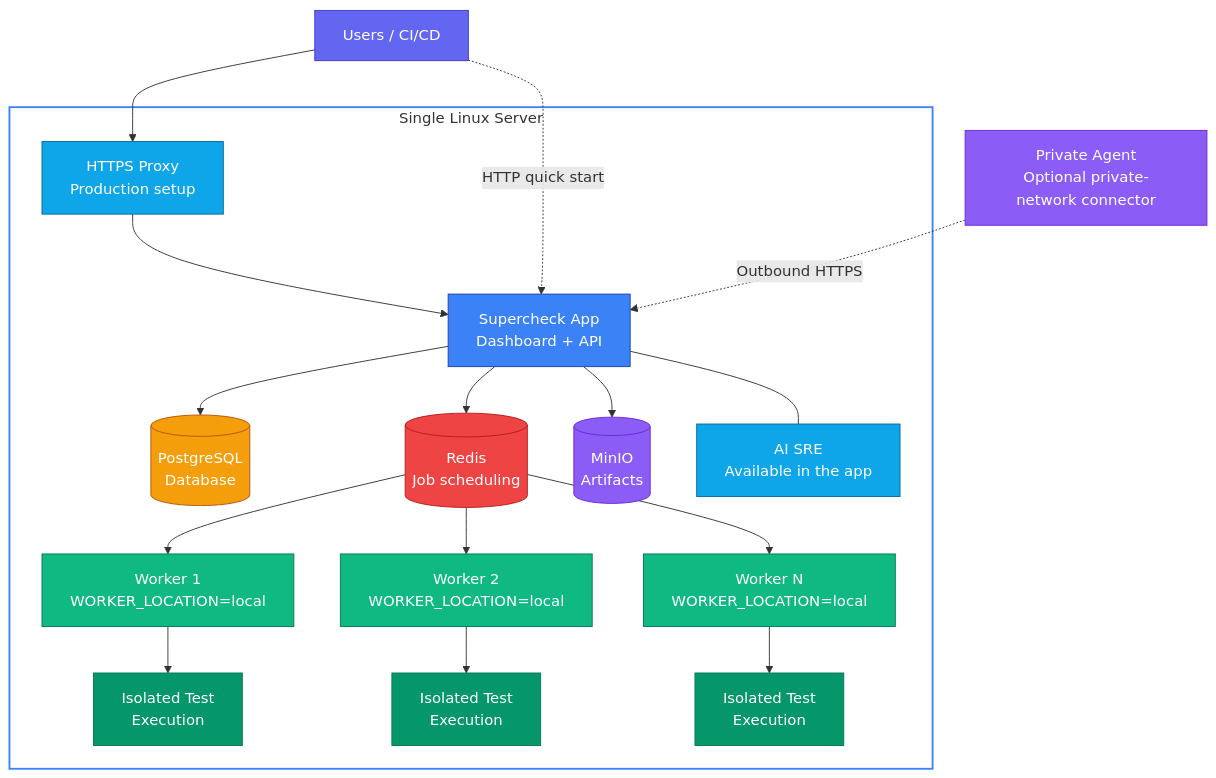
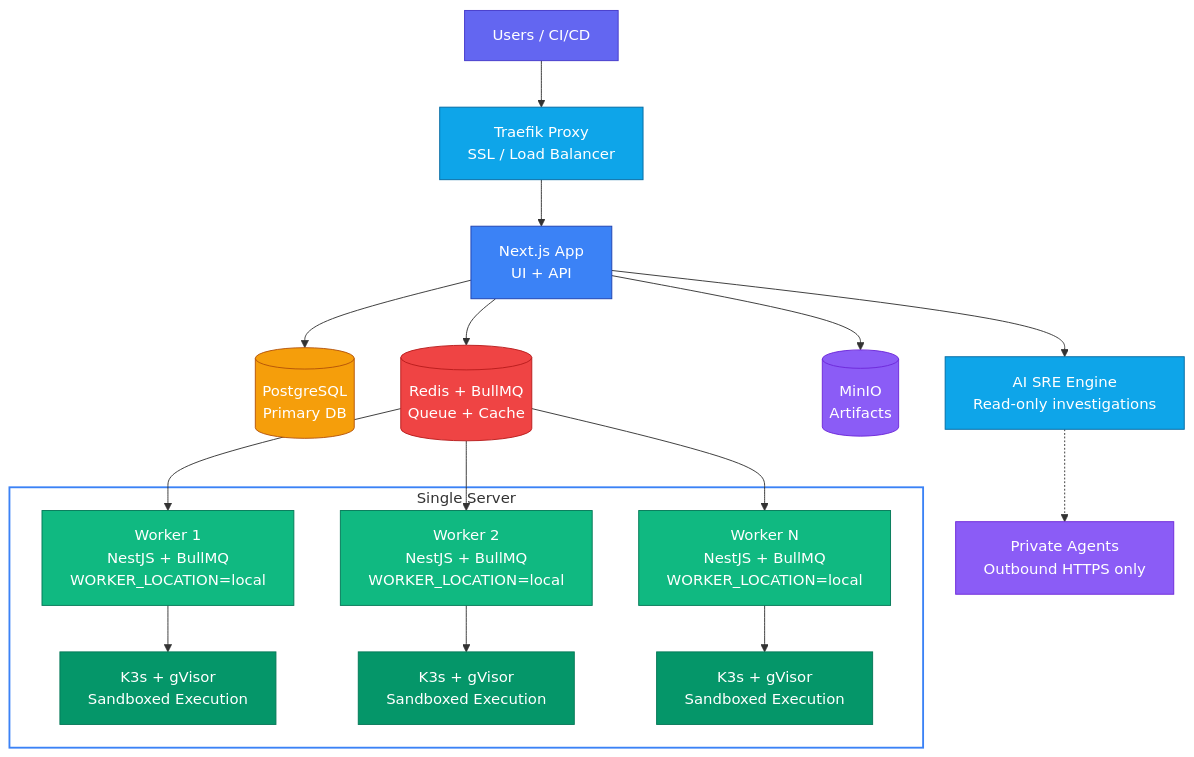
One commit to supercheck-io/supercheck changed the diagram in docs/content/docs/app/deployment/self-hosted.mdx. Above: the diagram before and after it, drawn with Mermaid. The commit also changed other lines of this file and 34 other files, not shown here.

Commit message:
docs: restore architecture and polish user workflows (#337)

````diff
--- a/docs/content/docs/app/deployment/self-hosted.mdx
+++ b/docs/content/docs/app/deployment/self-hosted.mdx
@@ -16,37 +16,34 @@
 ```mermaid
 flowchart TB
-    Users[Users / CI/CD]
-    Private[Private Agent<br/>Optional private-network connector]
+    Users[Users / CI/CD] --> T[Traefik Proxy<br/>SSL / Load Balancer]
+    T --> App[Next.js App<br/>UI + API]
+    App --> DB[(PostgreSQL<br/>Primary DB)] & Redis[(Redis + BullMQ<br/>Queue + Cache)] & S3[(MinIO<br/>Artifacts)]
+    App --> SRE[AI SRE Engine<br/>Read-only investigations]
+    SRE -.-> Private[Private Agents<br/>Outbound HTTPS only]
 
-    subgraph SERVER["Single Linux Server"]
-        T[HTTPS Proxy<br/>Production setup] --> App[Supercheck App<br/>Dashboard + API]
-        App --> DB[(PostgreSQL<br/>Database)] & Redis[(Redis<br/>Job scheduling)] & S3[(MinIO<br/>Artifacts)]
-        App --- SRE[AI SRE<br/>Available in the app]
-        Redis --> W1[Worker 1<br/>WORKER_LOCATION=local]
-        Redis --> W2[Worker 2<br/>WORKER_LOCATION=local]
-        Redis --> WN[Worker N<br/>WORKER_LOCATION=local]
-        W1 --> K3S_1[Isolated Test<br/>Execution]
-        W2 --> K3S_2[Isolated Test<br/>Execution]
-        WN --> K3S_N[Isolated Test<br/>Execution]
+    Redis --> W1
+    Redis --> W2
+    Redis --> WN
+
+    subgraph SERVER["Single Server"]
+        W1[Worker 1<br/>NestJS + BullMQ<br/>WORKER_LOCATION=local] --> K3S_1[K3s + gVisor<br/>Sandboxed Execution]
+        W2[Worker 2<br/>NestJS + BullMQ<br/>WORKER_LOCATION=local] --> K3S_2[K3s + gVisor<br/>Sandboxed Execution]
+        WN[Worker N<br/>NestJS + BullMQ<br/>WORKER_LOCATION=local] --> K3S_N[K3s + gVisor<br/>Sandboxed Execution]
     end
-
-    Users --> T
-    Users -.->|HTTP quick start|App
-    Private -.->|Outbound HTTPS|App
 
     style Users fill:#6366f1,stroke:#4338ca,color:#fff
     style T fill:#0ea5e9,stroke:#0369a1,color:#fff
     style App fill:#3b82f6,stroke:#1e40af,color:#fff
     style DB fill:#f59e0b,stroke:#b45309,color:#fff
     style Redis fill:#ef4444,stroke:#b91c1c,color:#fff
     style S3 fill:#8b5cf6,stroke:#6d28d9,color:#fff
     style SRE fill:#0ea5e9,stroke:#0369a1,color:#fff
     style Private fill:#8b5cf6,stroke:#6d28d9,color:#fff
     style W1 fill:#10b981,stroke:#047857,color:#fff
     style W2 fill:#10b981,stroke:#047857,color:#fff
     style WN fill:#10b981,stroke:#047857,color:#fff
     style K3S_1 fill:#059669,stroke:#047857,color:#fff
     style K3S_2 fill:#059669,stroke:#047857,color:#fff
     style K3S_N fill:#059669,stroke:#047857,color:#fff
     style SERVER fill:none,stroke:#3b82f6,stroke-width:2px
 ```
````
